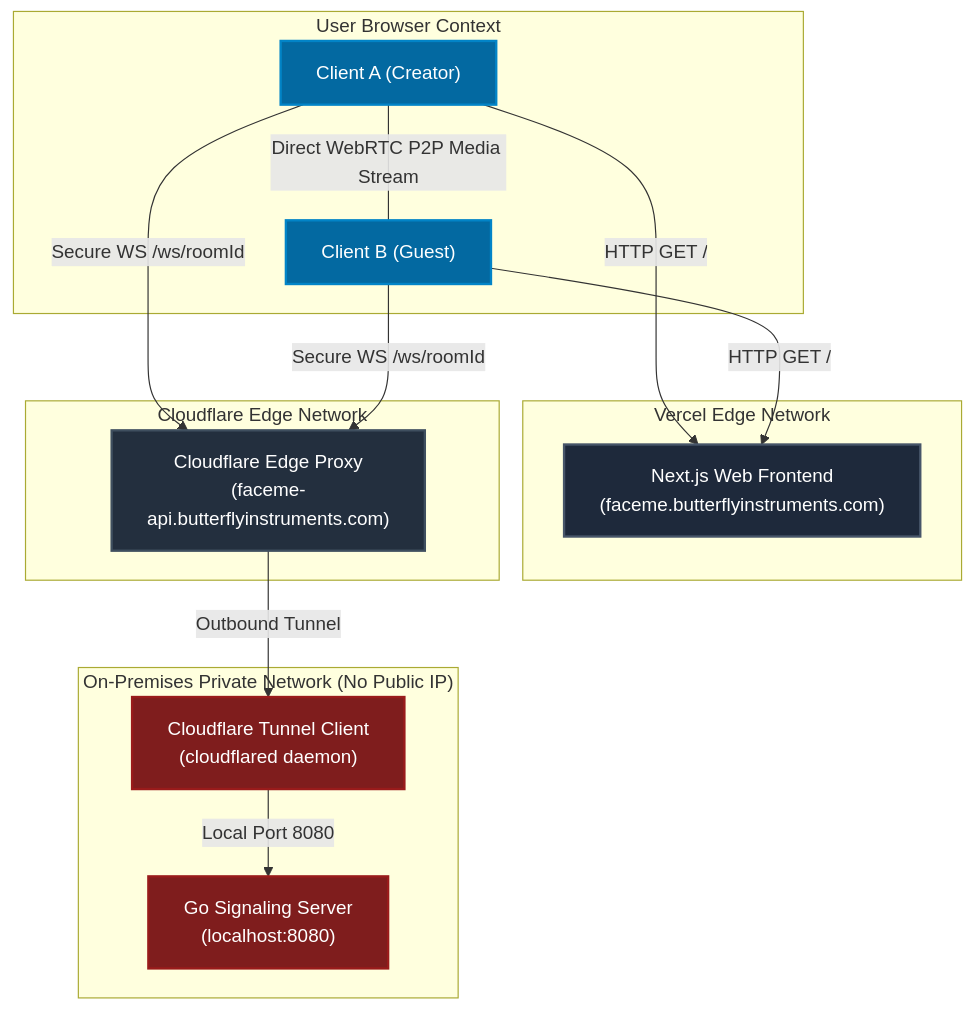
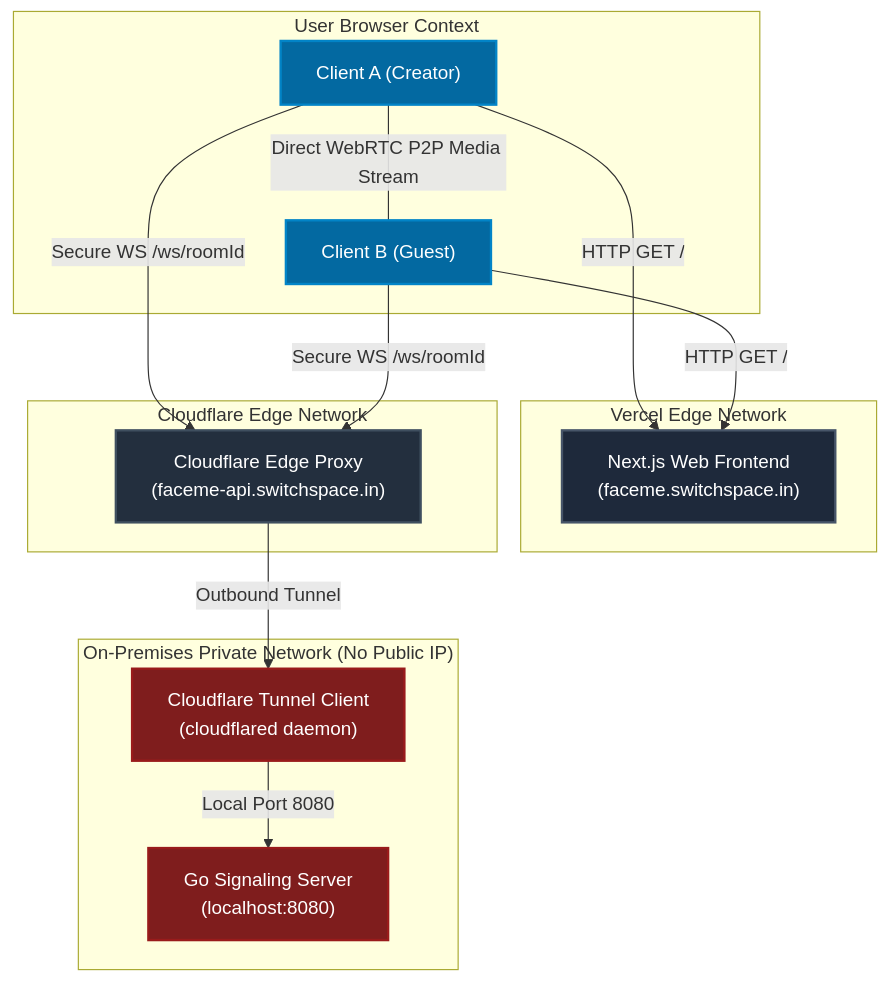
One commit to devaPOC/face-me changed the first of 2 diagrams in docs/architecture.md. Above: the diagram before and after it, drawn with Mermaid. The commit also changed other lines of this file and 2 other files, not shown here.

Commit message:
chore: update deployment URLs and documentation to switchspace.in domain

````diff
--- a/docs/architecture.md
+++ b/docs/architecture.md
@@ -17,41 +17,41 @@
 ```mermaid
 graph TD
     %% Define styles
     classDef cloud fill:#232F3E,stroke:#3F4F5F,stroke-width:2px,color:#fff;
     classDef edge fill:#1E293B,stroke:#475569,stroke-width:2px,color:#fff;
     classDef client fill:#0369A1,stroke:#0284C7,stroke-width:2px,color:#fff;
     classDef private fill:#7F1D1D,stroke:#991B1B,stroke-width:2px,color:#fff;
 
     subgraph ClientSpace ["User Browser Context"]
         BrowserA["Client A (Creator)"]:::client
         BrowserB["Client B (Guest)"]:::client
     end
 
     subgraph VercelEdge ["Vercel Edge Network"]
-        NextJS["Next.js Web Frontend<br>(faceme.butterflyinstruments.com)"]:::edge
+        NextJS["Next.js Web Frontend<br>(faceme.switchspace.in)"]:::edge
     end
 
     subgraph CloudflareNetwork ["Cloudflare Edge Network"]
-        CFProxy["Cloudflare Edge Proxy<br>(faceme-api.butterflyinstruments.com)"]:::cloud
+        CFProxy["Cloudflare Edge Proxy<br>(faceme-api.switchspace.in)"]:::cloud
     end
 
     subgraph PrivateHomeNetwork ["On-Premises Private Network (No Public IP)"]
         CFTunnel["Cloudflare Tunnel Client<br>(cloudflared daemon)"]:::private
         GoBackend["Go Signaling Server<br>(localhost:8080)"]:::private
     end
 
     %% Client downloads frontend
     BrowserA -->|HTTP GET /| NextJS
     BrowserB -->|HTTP GET /| NextJS
 
     %% WebSockets and REST API
     BrowserA -->|Secure WS /ws/roomId| CFProxy
     BrowserB -->|Secure WS /ws/roomId| CFProxy
 
     %% Cloudflare Tunnel linkage
     CFProxy -->|Outbound Tunnel| CFTunnel
     CFTunnel -->|Local Port 8080| GoBackend
 
     %% Peer-to-Peer media
     BrowserA ---|Direct WebRTC P2P Media Stream| BrowserB
 ```
````
